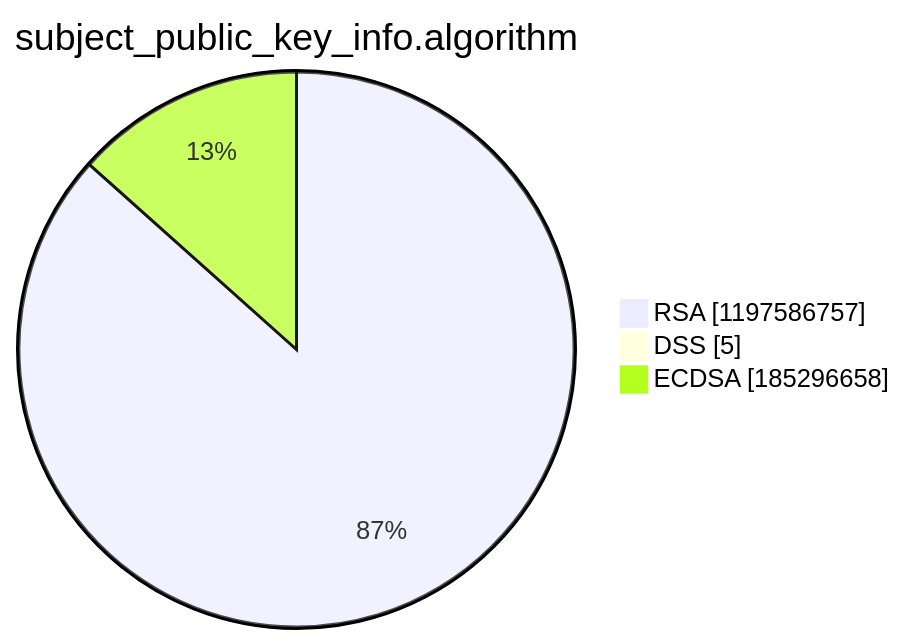
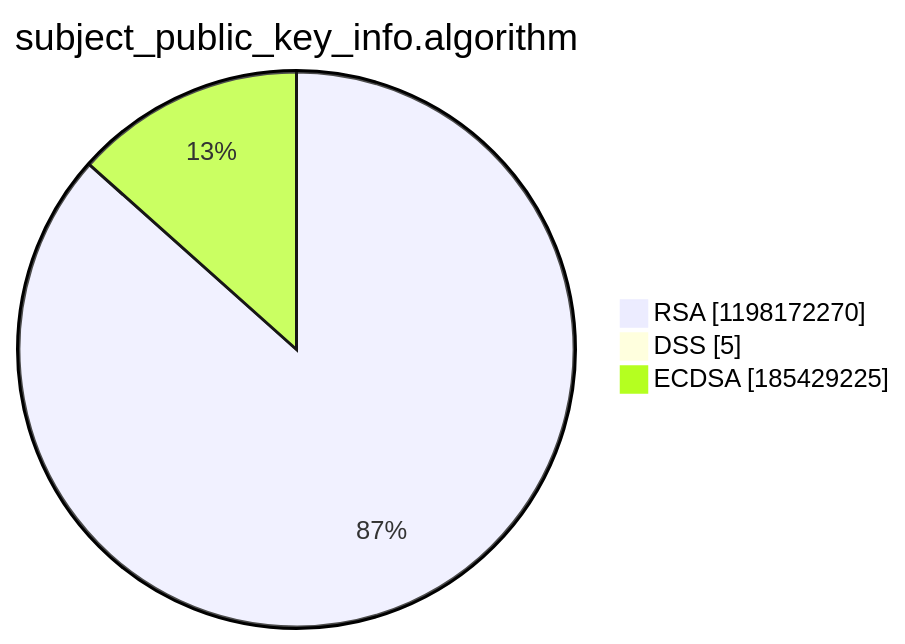
The third of 15 diagrams in argon2022/README.md (christiankrug/ctmonitor_visualization), drawn with Mermaid before and after one commit. The commit also changed other lines of this file, not shown here.

````diff
--- a/argon2022/README.md
+++ b/argon2022/README.md
@@ -14,7 +14,7 @@
 ```mermaid
 pie showData
 title subject_public_key_info.algorithm
-"RSA" :1197586757
+"RSA" :1198172270
 "DSS" :5
-"ECDSA" :185296658
+"ECDSA" :185429225
 ```
````
